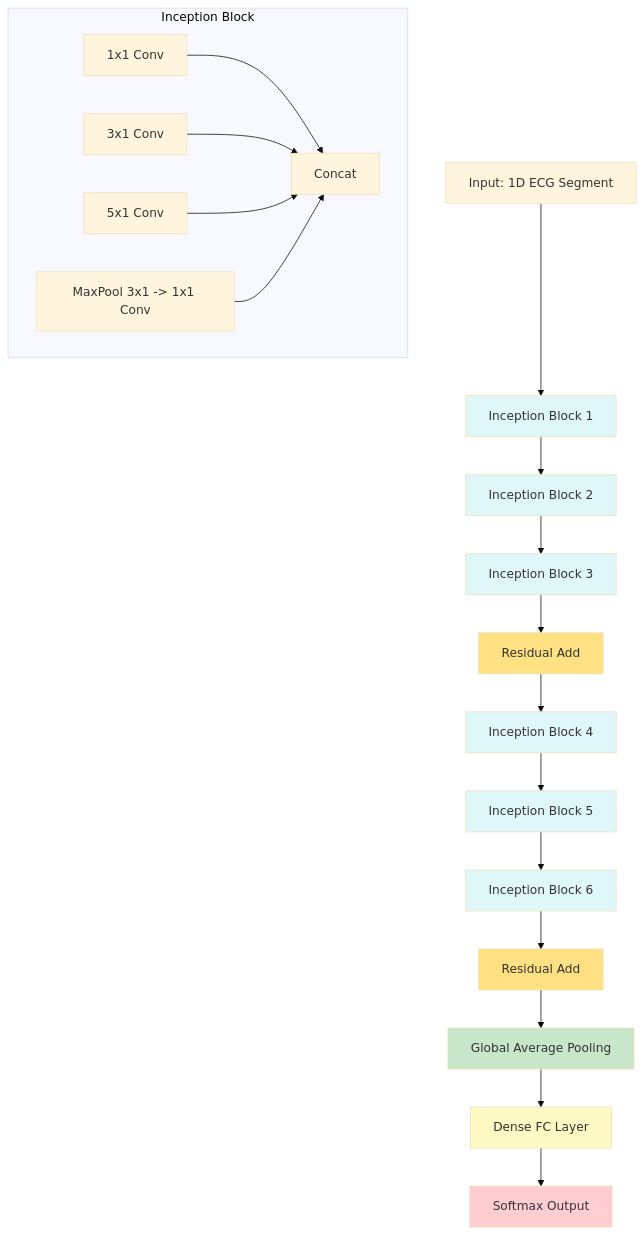
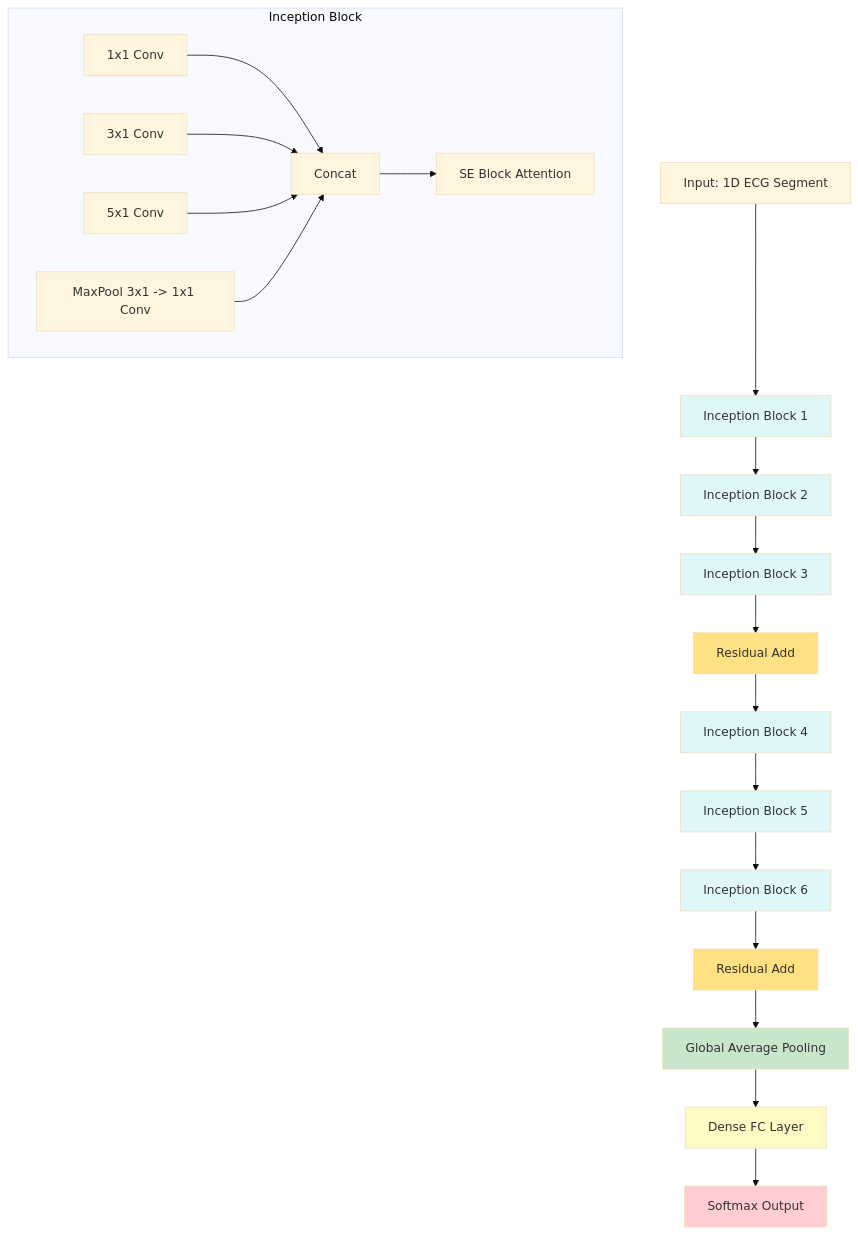
The first of 2 diagrams in INCEPTIONTIME_PAPER1_STUDY_GUIDE.md (HardikNegi9/Guide), drawn with Mermaid (base theme) before and after one commit. The commit also changed other lines of this file and 2 other files, not shown here.

````diff
--- a/INCEPTIONTIME_PAPER1_STUDY_GUIDE.md
+++ b/INCEPTIONTIME_PAPER1_STUDY_GUIDE.md
@@ -25,32 +25,33 @@
 ```mermaid
 flowchart TD
     A[Input: 1D ECG Segment] --> B[Inception Block 1]
     B --> C[Inception Block 2]
     C --> D[Inception Block 3]
     D --> E[Residual Add]
     E --> F[Inception Block 4]
     F --> G[Inception Block 5]
     G --> H[Inception Block 6]
     H --> I[Residual Add]
     I --> J[Global Average Pooling]
     J --> K[Dense FC Layer]
     K --> L[Softmax Output]
     subgraph Inception Block
         B1[1x1 Conv] 
         B2[3x1 Conv]
         B3[5x1 Conv]
         B4[MaxPool 3x1 -> 1x1 Conv]
         B1 & B2 & B3 & B4 --> BX[Concat]
+        BX --> BY[SE Block Attention]
     end
     style B fill:#e0f7fa
     style C fill:#e0f7fa
     style D fill:#e0f7fa
     style F fill:#e0f7fa
     style G fill:#e0f7fa
     style H fill:#e0f7fa
     style E fill:#ffe082
     style I fill:#ffe082
     style J fill:#c8e6c9
     style K fill:#fff9c4
     style L fill:#ffcdd2
 ```
````
